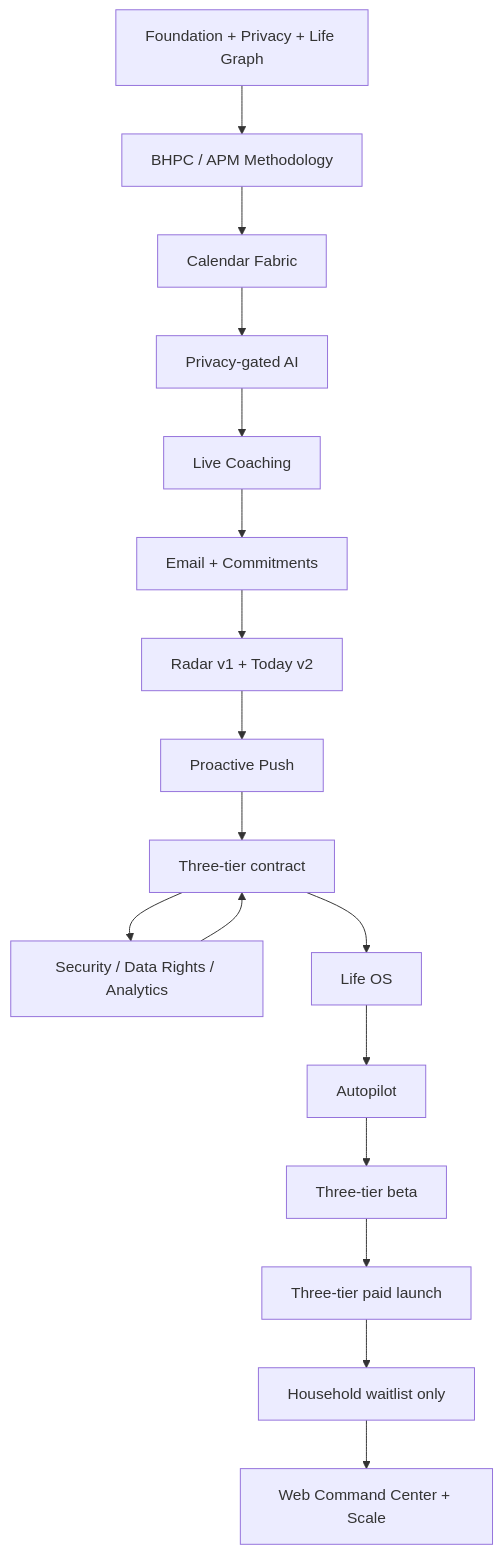
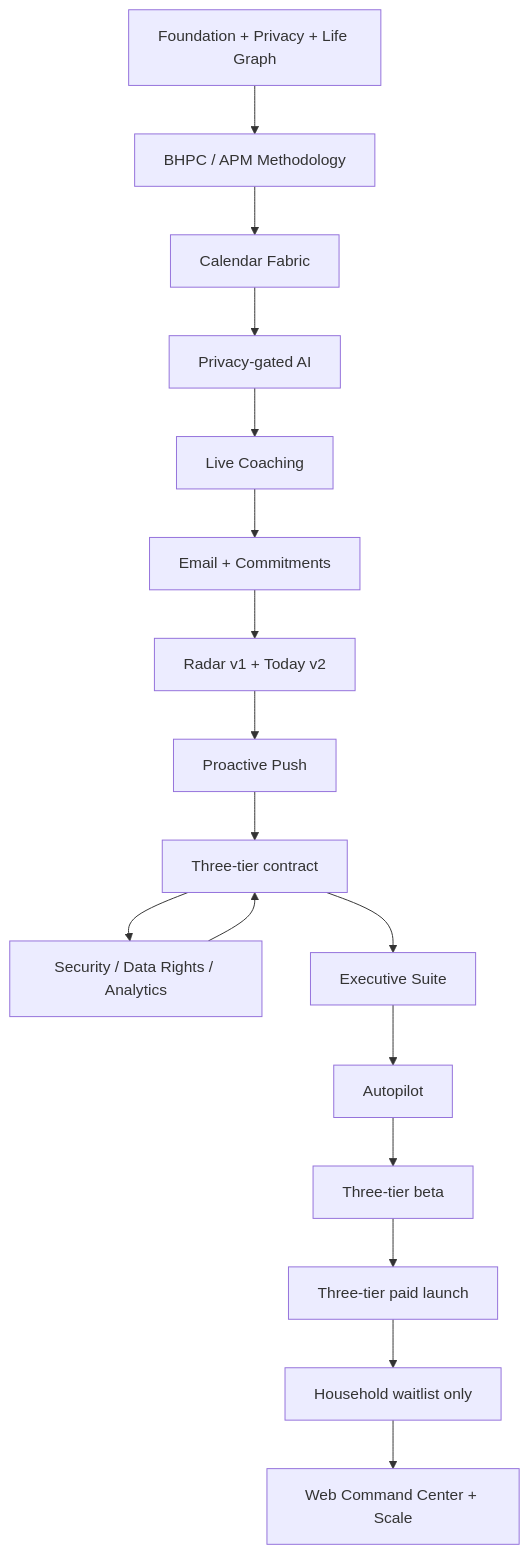
One commit to seq23/aplayer-mode changed the second of 3 diagrams in docs/21-FULL-PROGRAM-EXECUTION-LEDGER.md. Above: the diagram before and after it, drawn with Mermaid. The commit also changed other lines of this file and 47 other files, not shown here.

First line of the commit message:
Rename paid plans: Executive Roundtable, Executive Suite, Autopilot (ADR-0006)

````diff
--- a/docs/21-FULL-PROGRAM-EXECUTION-LEDGER.md
+++ b/docs/21-FULL-PROGRAM-EXECUTION-LEDGER.md
@@ -64,19 +64,19 @@
 ```mermaid
 flowchart TD
   F[Foundation + Privacy + Life Graph] --> M[BHPC / APM Methodology]
   M --> C[Calendar Fabric]
   C --> A[Privacy-gated AI]
   A --> CO[Live Coaching]
   CO --> E[Email + Commitments]
   E --> R[Radar v1 + Today v2]
   R --> P[Proactive Push]
   P --> T[Live Trust Center]
   T --> SEC[Security / Data Rights / Analytics]
   SEC --> T[Three-tier contract]
-  T --> L[Life OS]
+  T --> L[Executive Suite]
   L --> AU[Autopilot]
   AU --> B[Three-tier beta]
   B --> PAID[Three-tier paid launch]
   PAID --> H[Household waitlist only]
   H --> W[Web Command Center + Scale]
 ```
````
